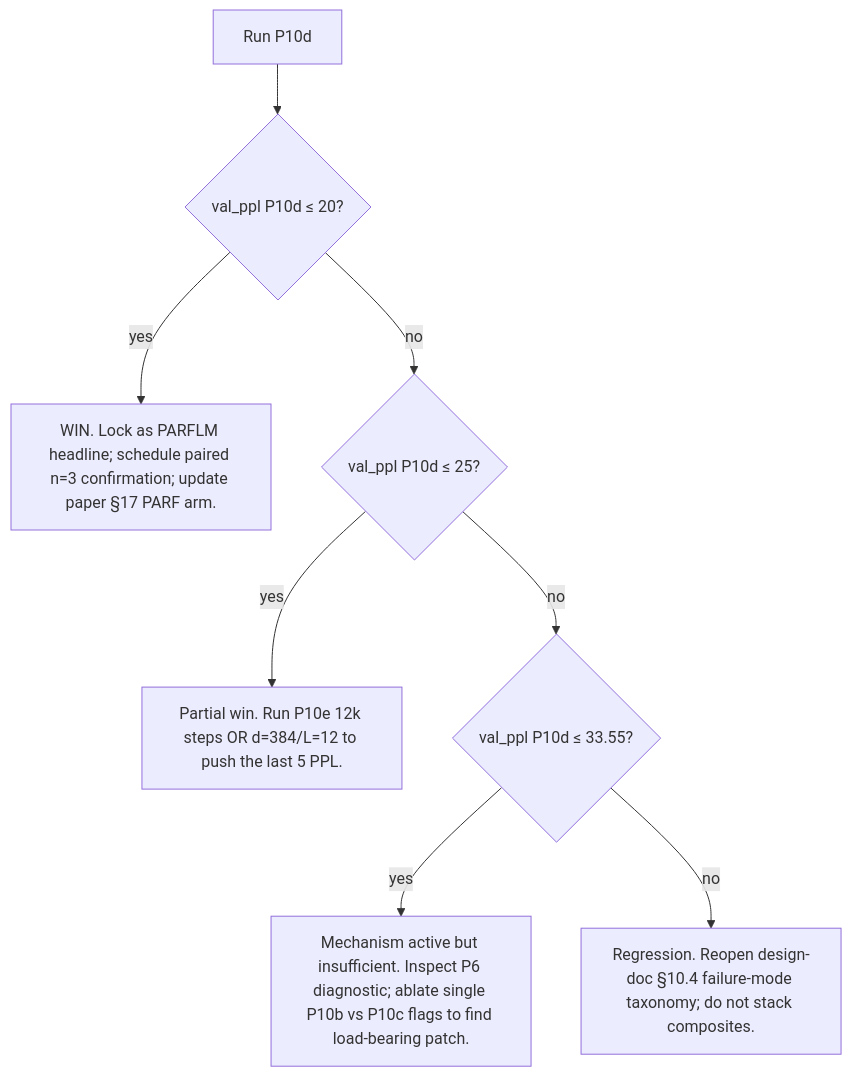
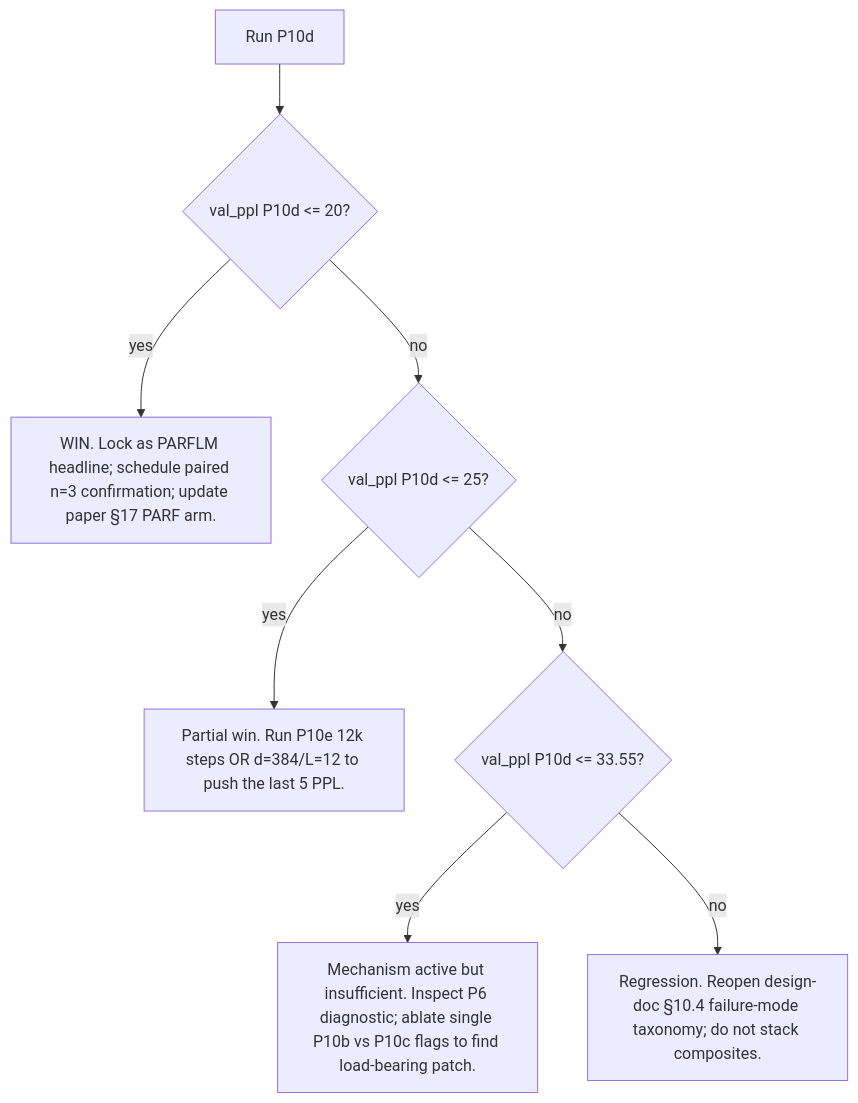
One commit to dimitarpg13/semsimula-paper changed the fourth of 4 diagrams in companion_notes/PARF-SPLM_Path_Forward_and_Experiments.md. Above: the diagram before and after it, drawn with Mermaid. The commit also changed other lines of this file and 36 other files, not shown here.

First line of the commit message:
Sync companion notes: Claim A status update, Mermaid/LaTeX fixes, new files

````diff
--- a/companion_notes/PARF-SPLM_Path_Forward_and_Experiments.md
+++ b/companion_notes/PARF-SPLM_Path_Forward_and_Experiments.md
@@ -1484,10 +1484,10 @@
 ```mermaid
 flowchart TD
-    A[Run P10d] --> B{val_ppl P10d ≤ 20?}
+    A[Run P10d] --> B{val_ppl P10d <= 20?}
     B -- yes --> C[WIN. Lock as PARFLM headline; schedule paired n=3 confirmation; update paper §17 PARF arm.]
-    B -- no --> D{val_ppl P10d ≤ 25?}
+    B -- no --> D{val_ppl P10d <= 25?}
     D -- yes --> E[Partial win. Run P10e 12k steps OR d=384/L=12 to push the last 5 PPL.]
-    D -- no --> F{val_ppl P10d ≤ 33.55?}
+    D -- no --> F{val_ppl P10d <= 33.55?}
     F -- yes --> G[Mechanism active but insufficient. Inspect P6 diagnostic; ablate single P10b vs P10c flags to find load-bearing patch.]
     F -- no --> H[Regression. Reopen design-doc §10.4 failure-mode taxonomy; do not stack composites.]
 ```
````
